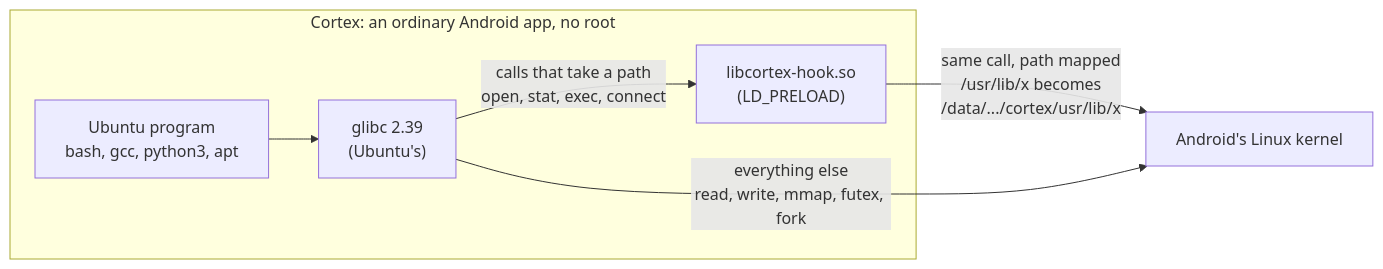
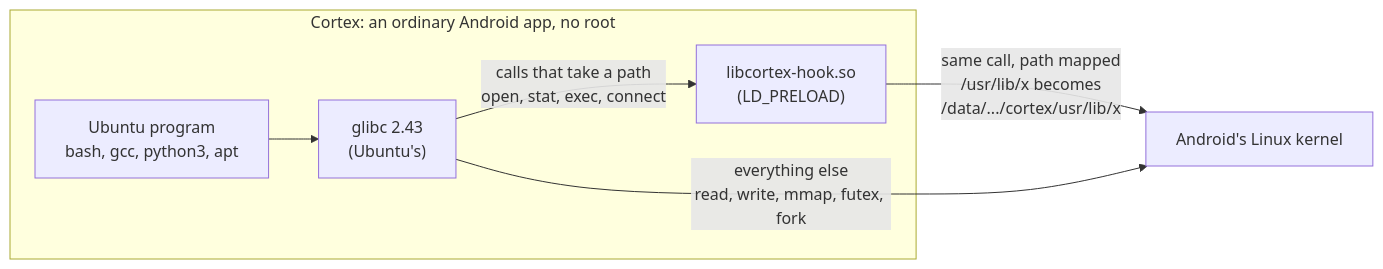
One commit to ssfuisu/cortex changed the diagram in README.md. Above: the diagram before and after it, drawn with Mermaid. The commit also changed other lines of this file and 151 other files, not shown here.

````diff
--- a/README.md
+++ b/README.md
@@ -45,9 +45,9 @@
 ```mermaid
 flowchart LR
     subgraph APP["Cortex: an ordinary Android app, no root"]
-        P["Ubuntu program<br/>bash, gcc, python3, apt"] --> G["glibc 2.39<br/>(Ubuntu's)"]
+        P["Ubuntu program<br/>bash, gcc, python3, apt"] --> G["glibc 2.43<br/>(Ubuntu's)"]
         G -- "calls that take a path<br/>open, stat, exec, connect" --> H["libcortex-hook.so<br/>(LD_PRELOAD)"]
     end
     H -- "same call, path mapped<br/>/usr/lib/x becomes<br/>/data/.../cortex/usr/lib/x" --> K["Android's Linux kernel"]
     G -- "everything else<br/>read, write, mmap, futex, fork" --> K
 ```
````
